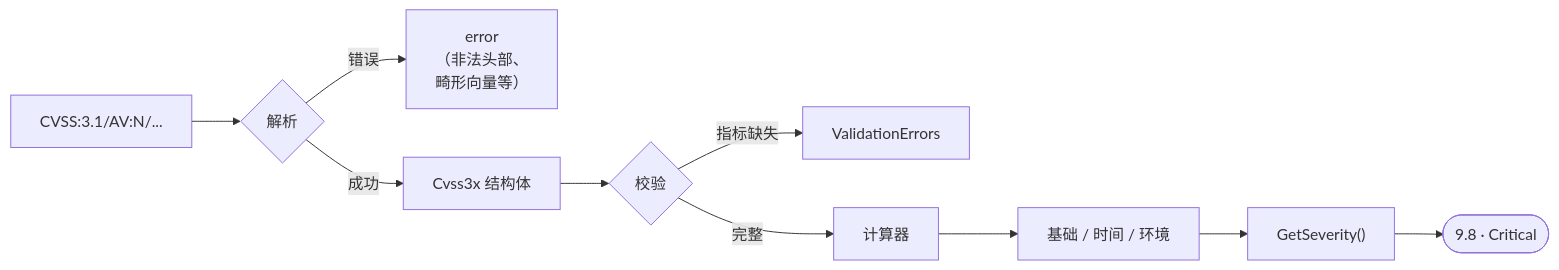
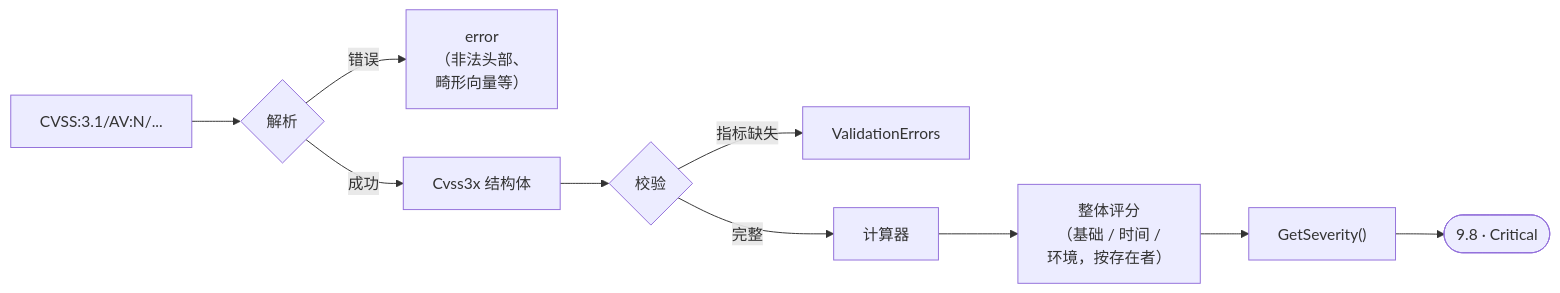
Before and after one commit to scagogogo/cvss-skills: the second of 3 diagrams in README_zh.md, drawn with Mermaid. The commit also changed 3 other files, not shown here.

````diff
--- a/README_zh.md
+++ b/README_zh.md
@@ -84,12 +84,12 @@
 ```mermaid
 flowchart LR
     A["CVSS:3.1/AV:N/..."] --> B{解析}
     B -->|错误| E1["error<br/>（非法头部、<br/>畸形向量等）"]
     B -->|成功| C["Cvss3x 结构体"]
     C --> D{校验}
     D -->|指标缺失| E2["ValidationErrors"]
     D -->|完整| F["计算器"]
-    F --> G["基础 / 时间 / 环境"]
+    F --> G["整体评分<br/>（基础 / 时间 /<br/>环境，按存在者）"]
     G --> H["GetSeverity()"]
     H --> K(["9.8 · Critical"])
 ```
````
